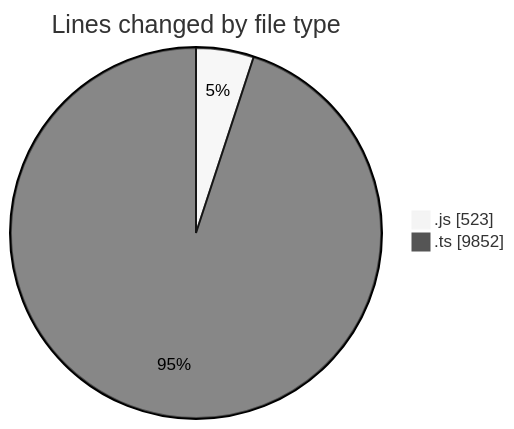
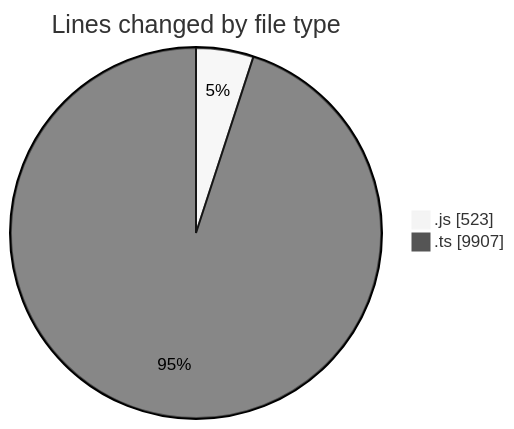
The first of 2 diagrams in 2025-08-15/cda/README.md (momahboobian/code-tracking), drawn with Mermaid (neutral theme) before and after one commit. The commit also changed other lines of this file and 1 other file, not shown here.

````diff
--- a/2025-08-15/cda/README.md
+++ b/2025-08-15/cda/README.md
@@ -22,6 +22,6 @@
 ```mermaid
 pie showData
 title Lines changed by file type
 ".js" : 523
-".ts" : 9852
+".ts" : 9907
 ```
````
